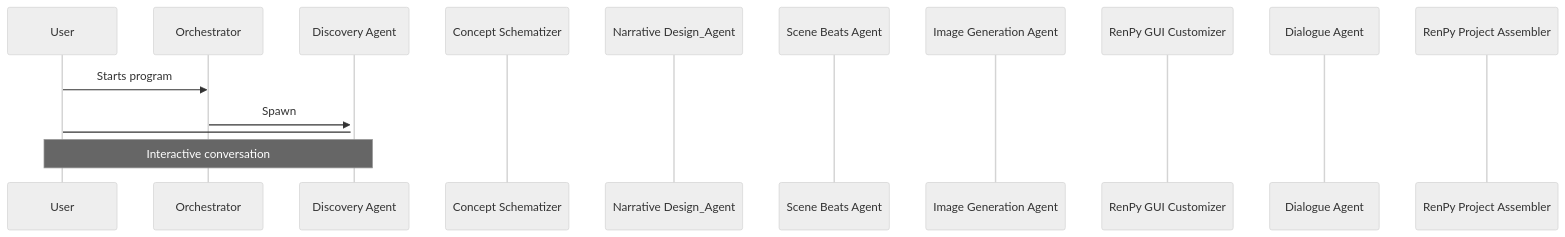
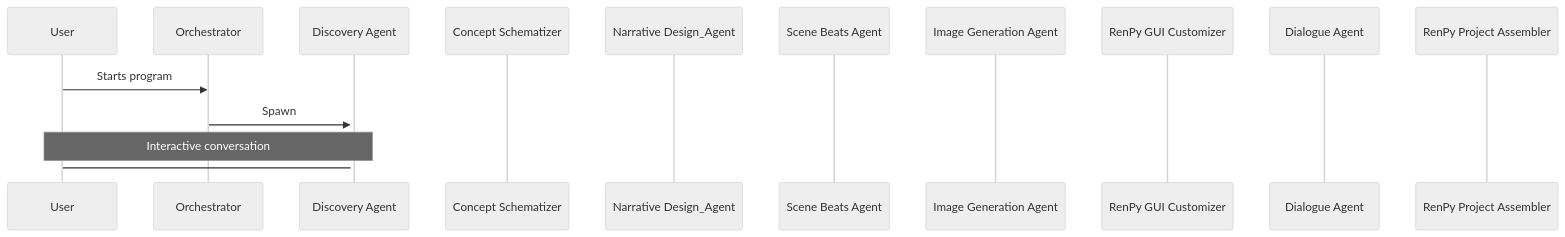
Before and after one commit to danglenzig/KARLA_PROD: the diagram in README.md, drawn with Mermaid (neutral theme). The commit also changed other lines of this file, not shown here.

````diff
--- a/README.md
+++ b/README.md
@@ -108,19 +108,19 @@
 ```mermaid
 sequenceDiagram
     participant USER as User
     participant ORCH as Orchestrator
     participant DISC as Discovery Agent
     participant CONC as Concept Schematizer
     participant NARR as Narrative Design_Agent
     participant BEAT as Scene Beats Agent
     participant ARTS as Image Generation Agent
     participant COLO as RenPy GUI Customizer
     participant DIAL as Dialogue Agent
     participant RNPY as RenPy Project Assembler
 
     USER->>ORCH: Starts program
     activate DISC
     ORCH->>DISC: Spawn
+    Note over DISC,USER: Interactive conversation
     DISC->USER:
-    Note over DISC,USER: Interactive conversation
 ```
````
